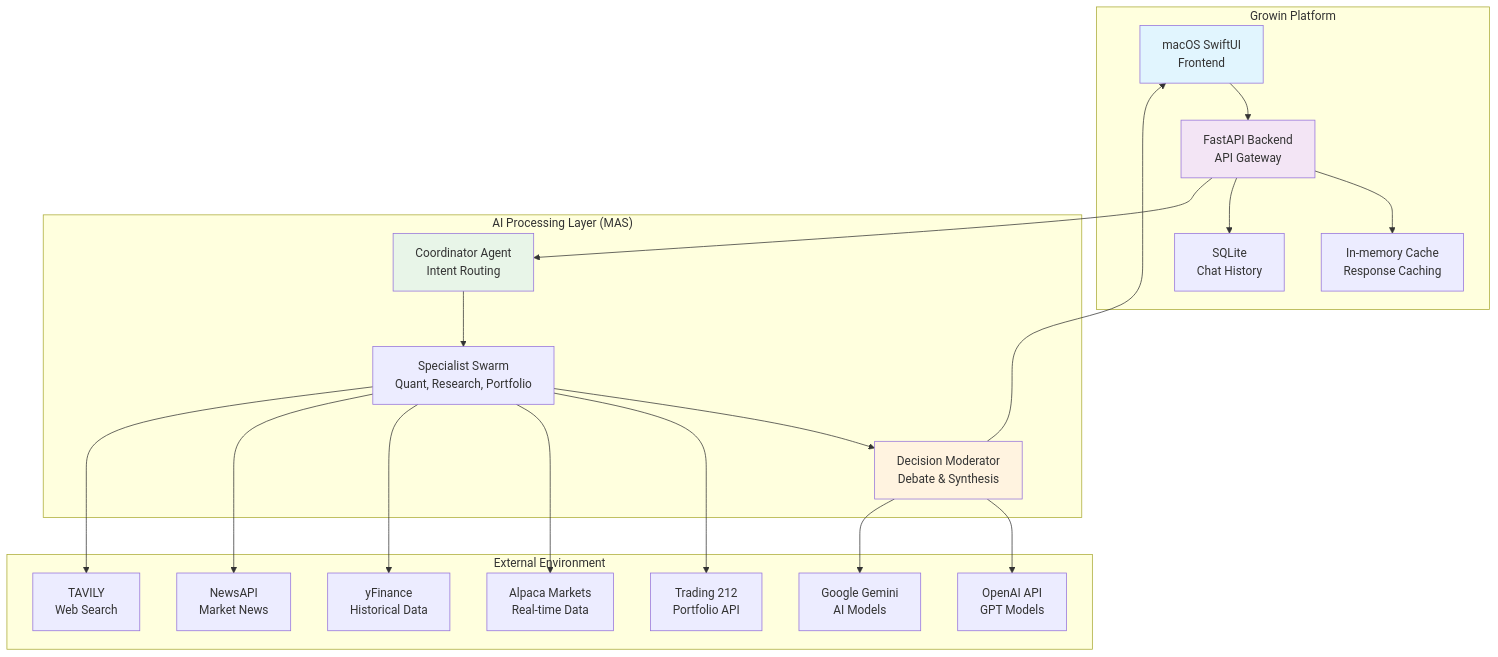
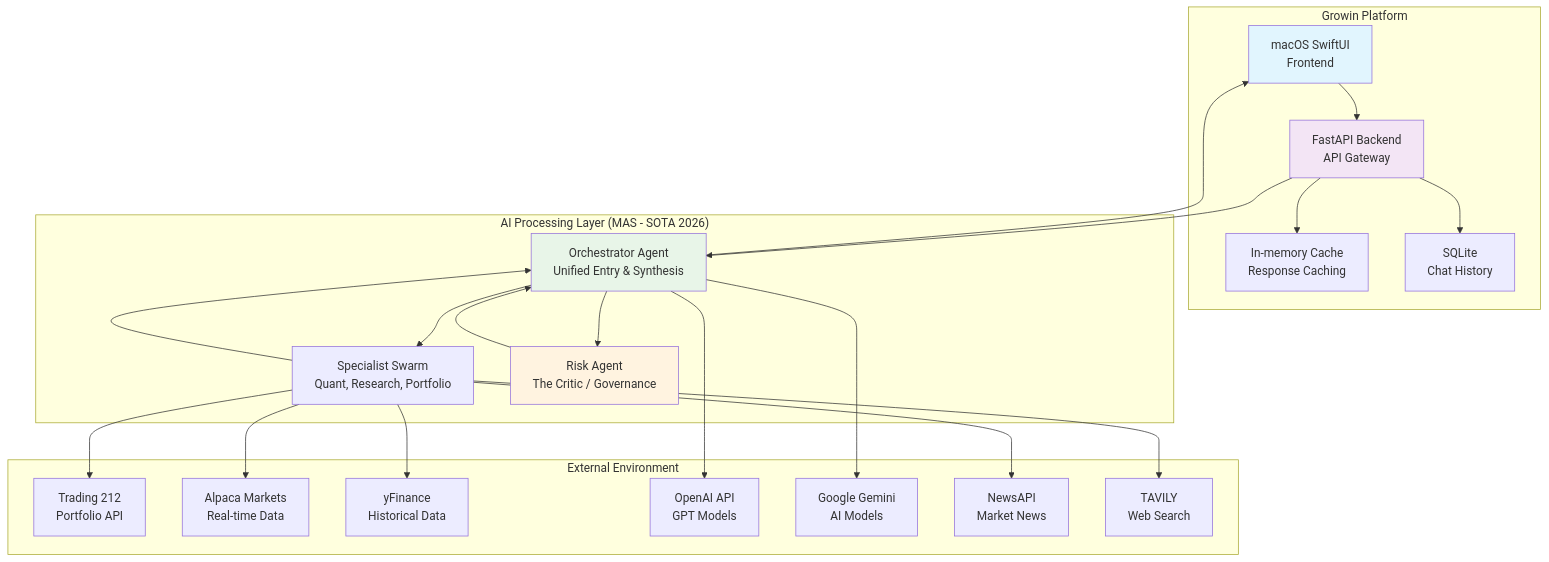
Before and after one commit to sank29mane/growin-app: the first of 2 diagrams in docs/ARCHITECTURE.md, drawn with Mermaid. The commit also changed other lines of this file and 129 other files, not shown here.

````diff
--- a/docs/ARCHITECTURE.md
+++ b/docs/ARCHITECTURE.md
@@ -15,46 +15,48 @@
 ```mermaid
 graph TB
     subgraph "External Environment"
         T212[Trading 212<br/>Portfolio API]
         ALP[Alpaca Markets<br/>Real-time Data]
         YF[yFinance<br/>Historical Data]
         OPENAI[OpenAI API<br/>GPT Models]
         GEMINI[Google Gemini<br/>AI Models]
         NEWS[NewsAPI<br/>Market News]
         TAVILY[TAVILY<br/>Web Search]
     end
 
     subgraph "Growin Platform"
         UI[macOS SwiftUI<br/>Frontend]
         API[FastAPI Backend<br/>API Gateway]
         CACHE[In-memory Cache<br/>Response Caching]
         DB[SQLite<br/>Chat History]
     end
 
-    subgraph "AI Processing Layer (MAS)"
-        COORD[Coordinator Agent<br/>Intent Routing]
+    subgraph "AI Processing Layer (MAS - SOTA 2026)"
+        ORCH[Orchestrator Agent<br/>Unified Entry & Synthesis]
         SWARM[Specialist Swarm<br/>Quant, Research, Portfolio]
-        DECISION[Decision Moderator<br/>Debate & Synthesis]
+        RISK[Risk Agent<br/>The Critic / Governance]
     end
 
     UI --> API
     API --> CACHE
     API --> DB
-    API --> COORD
-    COORD --> SWARM
-    SWARM --> DECISION
-    DECISION --> UI
+    API --> ORCH
+    ORCH --> SWARM
+    SWARM --> ORCH
+    ORCH --> RISK
+    RISK --> ORCH
+    ORCH --> UI
 
     SWARM --> T212
     SWARM --> ALP
     SWARM --> YF
     SWARM --> NEWS
     SWARM --> TAVILY
-    DECISION --> OPENAI
-    DECISION --> GEMINI
+    ORCH --> OPENAI
+    ORCH --> GEMINI
 
     style UI fill:#e1f5fe
     style API fill:#f3e5f5
-    style COORD fill:#e8f5e8
-    style DECISION fill:#fff3e0
+    style ORCH fill:#e8f5e8
+    style RISK fill:#fff3e0
 ```
````
